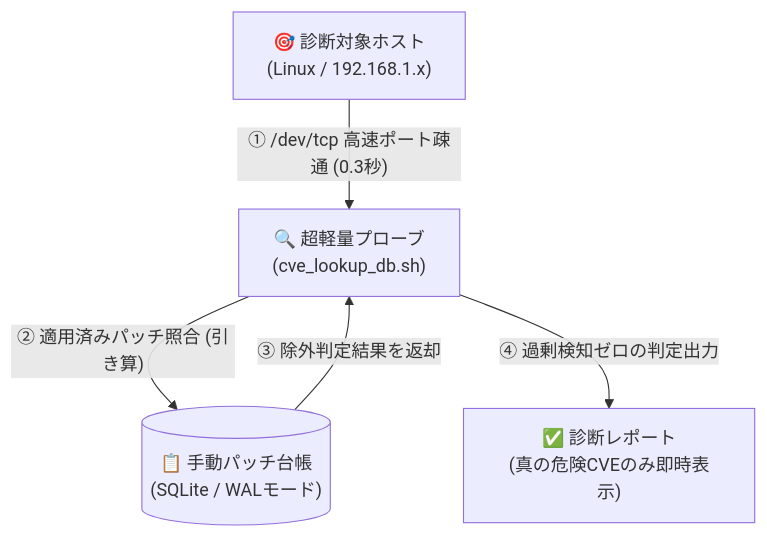
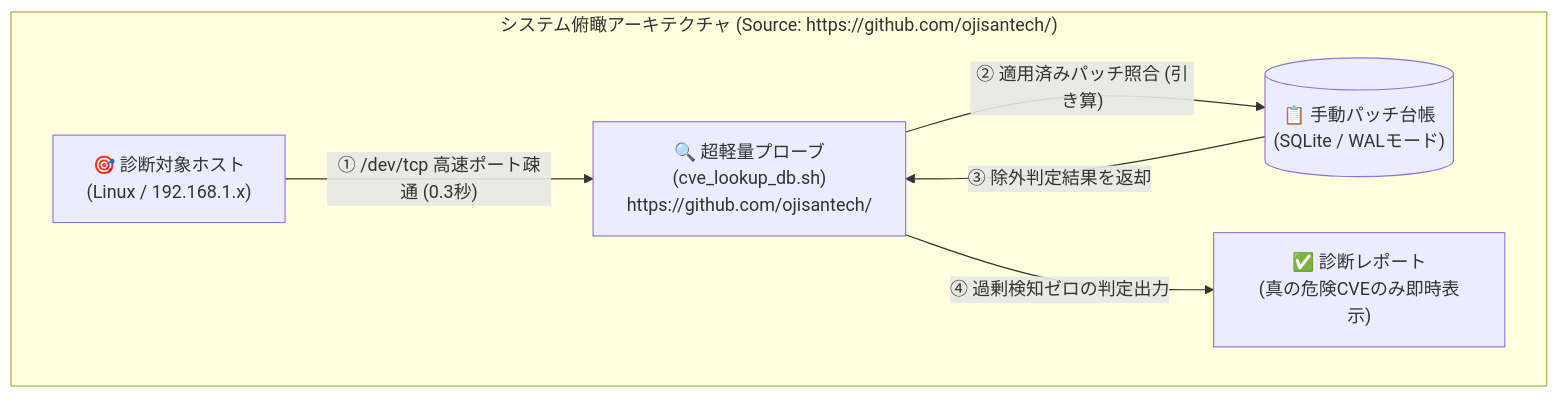
One commit to ojisantech/ojisan-arsenal changed the first of 2 diagrams in QIITA_ARTICLE_DETAIL_1.md. Above: the diagram before and after it, drawn with Mermaid. The commit also changed other lines of this file, not shown here.

Commit message:
docs: consolidate system diagram into section 2 and add author source URL in diagrams

````diff
--- a/QIITA_ARTICLE_DETAIL_1.md
+++ b/QIITA_ARTICLE_DETAIL_1.md
@@ -27,10 +37,12 @@
 ```mermaid
 flowchart TD
-    Target["🎯 診断対象ホスト<br/>(Linux / 192.168.1.x)"]
-    -->|"① /dev/tcp 高速ポート疎通 (0.3秒)"| Probe["🔍 超軽量プローブ<br/>(cve_lookup_db.sh)"]
+    subgraph Arch ["システム俯瞰アーキテクチャ (Source: https://github.com/ojisantech/)"]
+        Target["🎯 診断対象ホスト<br/>(Linux / 192.168.1.x)"]
+        -->|"① /dev/tcp 高速ポート疎通 (0.3秒)"| Probe["🔍 超軽量プローブ<br/>(cve_lookup_db.sh)<br/>https://github.com/ojisantech/"]
 
-    Probe -->|"② 適用済みパッチ照合 (引き算)"| DB[("📋 手動パッチ台帳<br/>(SQLite / WALモード)")]
-    DB -->|"③ 除外判定結果を返却"| Probe
+        Probe -->|"② 適用済みパッチ照合 (引き算)"| DB[("📋 手動パッチ台帳<br/>(SQLite / WALモード)")]
+        DB -->|"③ 除外判定結果を返却"| Probe
 
-    Probe -->|"④ 過剰検知ゼロの判定出力"| Report["✅ 診断レポート<br/>(真の危険CVEのみ即時表示)"]
+        Probe -->|"④ 過剰検知ゼロの判定出力"| Report["✅ 診断レポート<br/>(真の危険CVEのみ即時表示)"]
+    end
 ```
````
